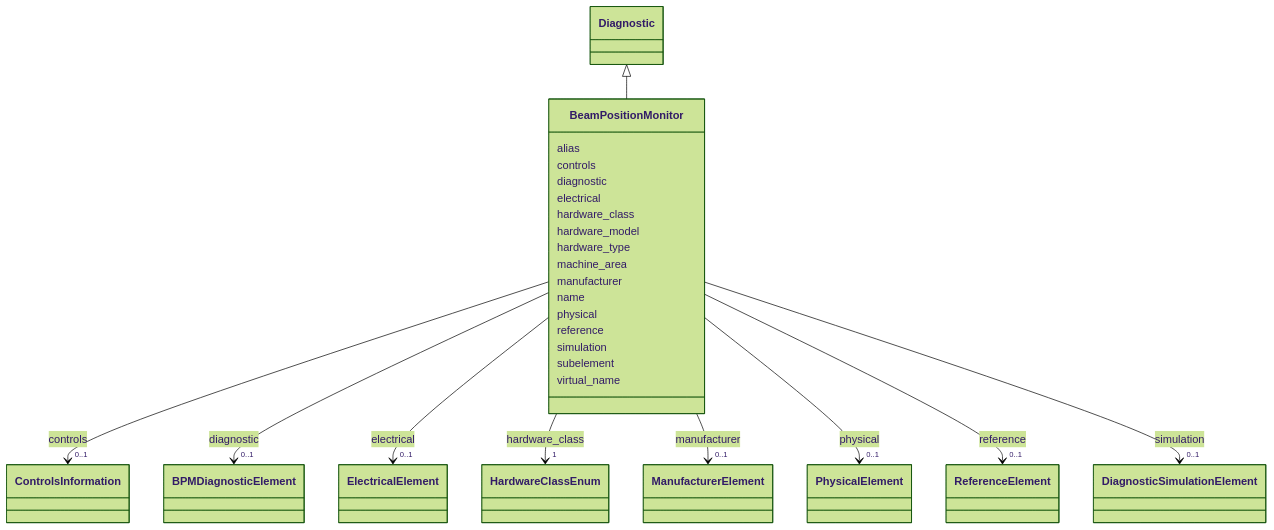
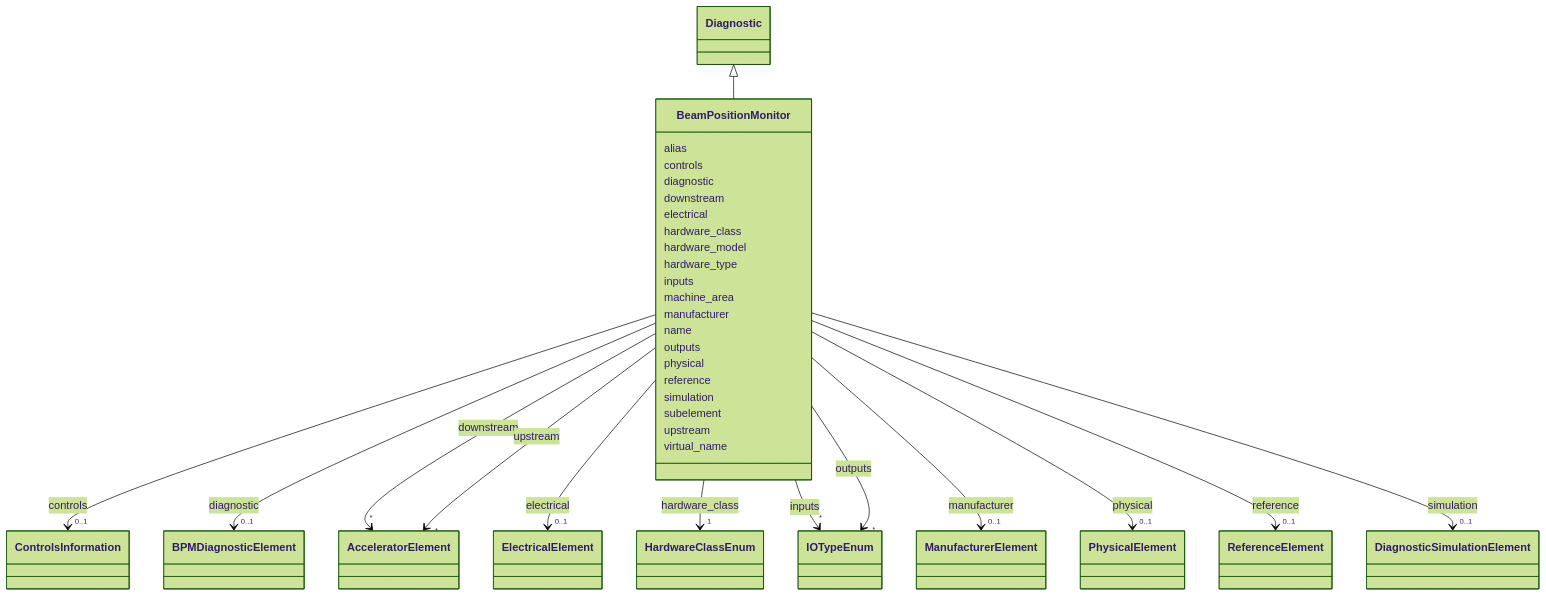
The diagram in docs/source/schema/BeamPositionMonitor.md (astec-stfc/laura), drawn with Mermaid (forest theme) before and after one commit. The commit also changed other lines of this file and 116 other files, not shown here.

```diff
--- a/docs/source/schema/BeamPositionMonitor.md
+++ b/docs/source/schema/BeamPositionMonitor.md
@@ -51,6 +51,17 @@
     
 
         
+      BeamPositionMonitor : downstream
+        
+          
+    
+        
+        
+        BeamPositionMonitor --> "*" AcceleratorElement : downstream
+        click AcceleratorElement href "../AcceleratorElement/"
+    
+
+        
       BeamPositionMonitor : electrical
         
           
@@ -77,6 +88,17 @@
         
       BeamPositionMonitor : hardware_type
         
+      BeamPositionMonitor : inputs
+        
+          
+    
+        
+        
+        BeamPositionMonitor --> "*" IOTypeEnum : inputs
+        click IOTypeEnum href "../IOTypeEnum/"
+    
+
+        
       BeamPositionMonitor : machine_area
         
       BeamPositionMonitor : manufacturer
@@ -91,6 +113,17 @@
 
         
       BeamPositionMonitor : name
+        
+      BeamPositionMonitor : outputs
+        
+          
+    
+        
+        
+        BeamPositionMonitor --> "*" IOTypeEnum : outputs
+        click IOTypeEnum href "../IOTypeEnum/"
+    
+
         
       BeamPositionMonitor : physical
         
@@ -127,6 +160,17 @@
         
       BeamPositionMonitor : subelement
         
+      BeamPositionMonitor : upstream
+        
+          
+    
+        
+        
+        BeamPositionMonitor --> "*" AcceleratorElement : upstream
+        click AcceleratorElement href "../AcceleratorElement/"
+    
+
+        
       BeamPositionMonitor : virtual_name
         
       
```
